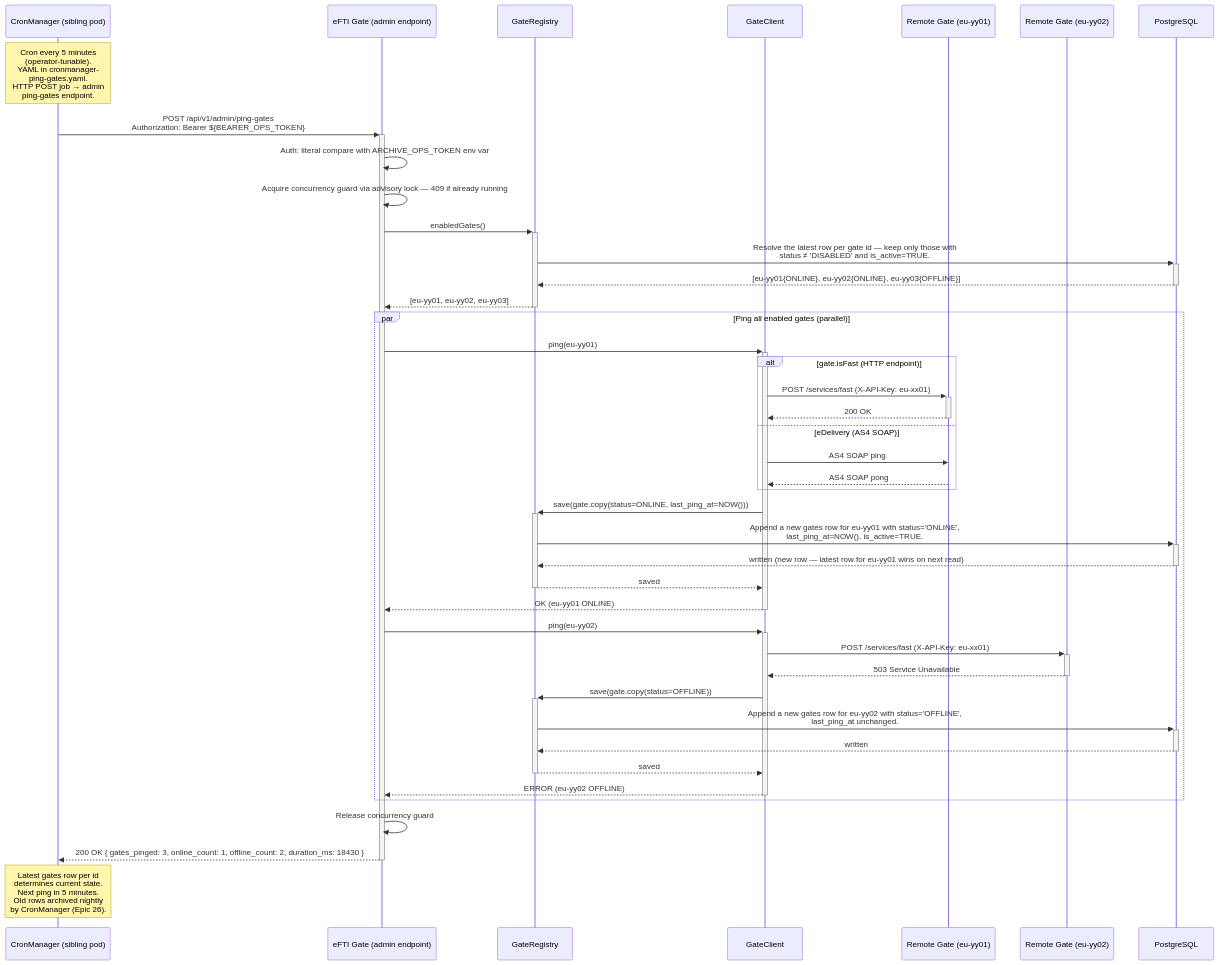
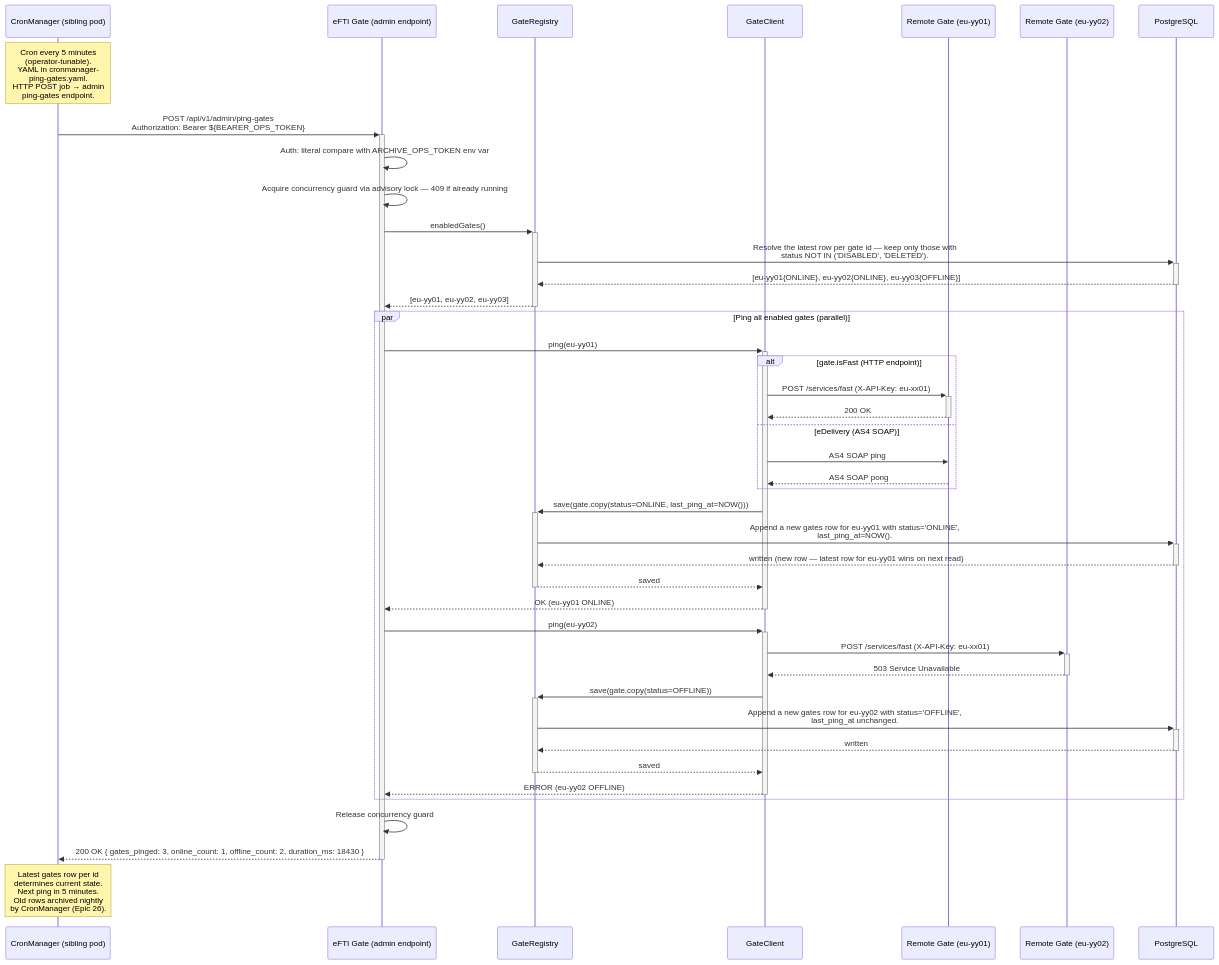
One commit to kemit-ee/efti-gate-ee changed the diagram in docs/specs/diagrams/seq-09-gate-ping.mmd. Above: the diagram before and after it, drawn with Mermaid. The commit also changed 26 other files, not shown here.

First line of the commit message:
refactor: is_active → status ENUM (gates, platforms) + bulk Postman tests + ADR-002

```diff
--- a/docs/specs/diagrams/seq-09-gate-ping.mmd
+++ b/docs/specs/diagrams/seq-09-gate-ping.mmd
@@ -1,49 +1,49 @@
 sequenceDiagram
     participant CM as CronManager (sibling pod)
     participant Gate as eFTI Gate (admin endpoint)
     participant GateReg as GateRegistry
     participant GateClient as GateClient
     participant GateFI as Remote Gate (eu-yy01)
     participant GateDE as Remote Gate (eu-yy02)
     participant DB as PostgreSQL
 
     Note over CM: Cron every 5 minutes<br/>(operator-tunable).<br/>YAML in cronmanager-<br/>ping-gates.yaml.<br/>HTTP POST job → admin<br/>ping-gates endpoint.
 
     CM->>+Gate: POST /api/v1/admin/ping-gates<br/>Authorization: Bearer ${BEARER_OPS_TOKEN}
     Gate->>Gate: Auth: literal compare with ARCHIVE_OPS_TOKEN env var
     Gate->>Gate: Acquire concurrency guard via advisory lock — 409 if already running
 
     Gate->>+GateReg: enabledGates()
-    GateReg->>+DB: Resolve the latest row per gate id — keep only those with<br/>status ≠ 'DISABLED' and is_active=TRUE.
+    GateReg->>+DB: Resolve the latest row per gate id — keep only those with<br/>status NOT IN ('DISABLED', 'DELETED').
     DB-->>-GateReg: [eu-yy01{ONLINE}, eu-yy02{ONLINE}, eu-yy03{OFFLINE}]
     GateReg-->>-Gate: [eu-yy01, eu-yy02, eu-yy03]
 
     par Ping all enabled gates (parallel)
         Gate->>+GateClient: ping(eu-yy01)
         alt gate.isFast (HTTP endpoint)
             GateClient->>+GateFI: POST /services/fast (X-API-Key: eu-xx01)
             GateFI-->>-GateClient: 200 OK
         else eDelivery (AS4 SOAP)
             GateClient->>GateFI: AS4 SOAP ping
             GateFI-->>GateClient: AS4 SOAP pong
         end
         GateClient->>+GateReg: save(gate.copy(status=ONLINE, last_ping_at=NOW()))
-        GateReg->>+DB: Append a new gates row for eu-yy01 with status='ONLINE',<br/>last_ping_at=NOW(), is_active=TRUE.
+        GateReg->>+DB: Append a new gates row for eu-yy01 with status='ONLINE',<br/>last_ping_at=NOW().
         DB-->>-GateReg: written (new row — latest row for eu-yy01 wins on next read)
         GateReg-->>-GateClient: saved
         GateClient-->>-Gate: OK (eu-yy01 ONLINE)
 
         Gate->>+GateClient: ping(eu-yy02)
         GateClient->>+GateDE: POST /services/fast (X-API-Key: eu-xx01)
         GateDE-->>-GateClient: 503 Service Unavailable
         GateClient->>+GateReg: save(gate.copy(status=OFFLINE))
         GateReg->>+DB: Append a new gates row for eu-yy02 with status='OFFLINE',<br/>last_ping_at unchanged.
         DB-->>-GateReg: written
         GateReg-->>-GateClient: saved
         GateClient-->>-Gate: ERROR (eu-yy02 OFFLINE)
     end
 
     Gate->>Gate: Release concurrency guard
     Gate-->>-CM: 200 OK { gates_pinged: 3, online_count: 1, offline_count: 2, duration_ms: 18430 }
 
     Note over CM: Latest gates row per id<br/>determines current state.<br/>Next ping in 5 minutes.<br/>Old rows archived nightly<br/>by CronManager (Epic 26).
```
